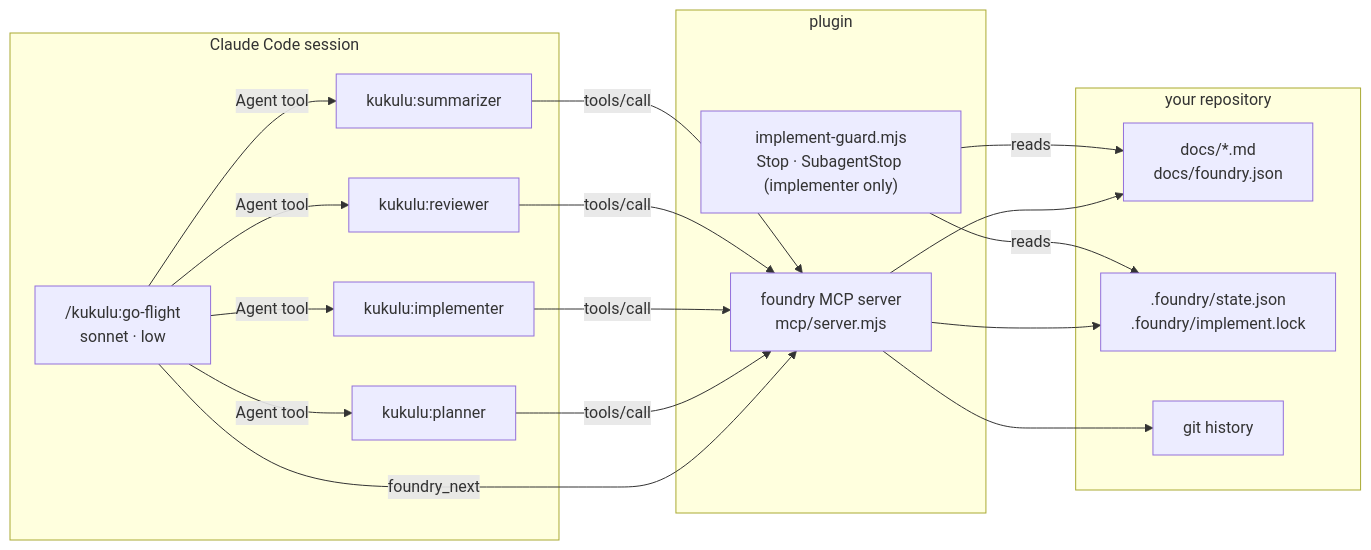
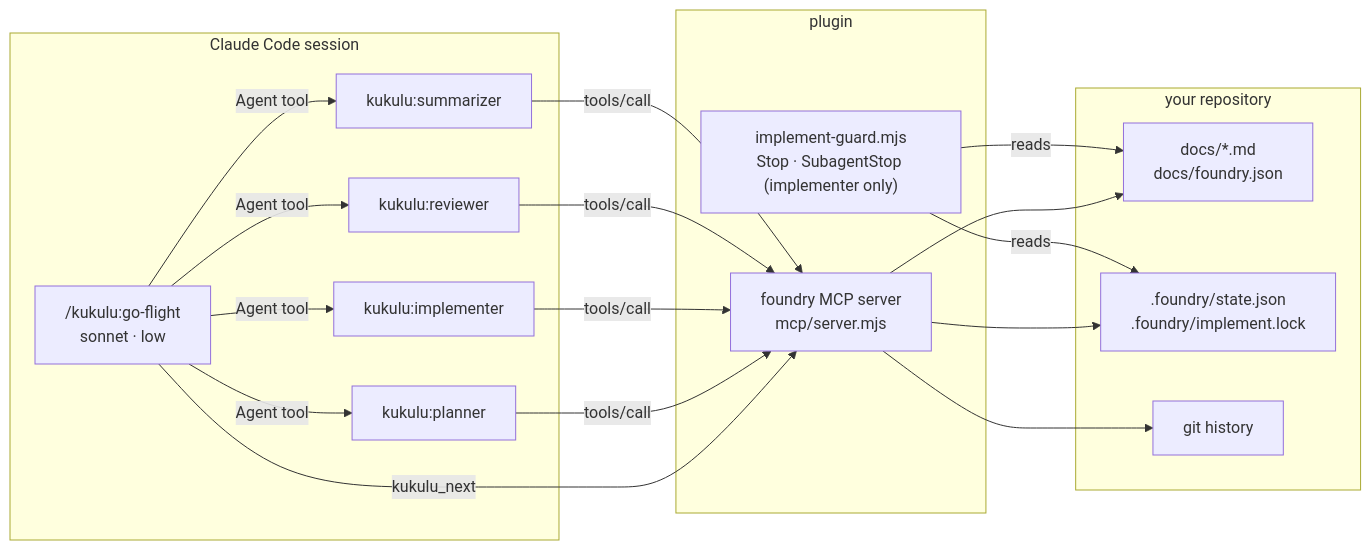
One commit to DisplaceTech/kukulu changed the first of 4 diagrams in docs/architecture.md. Above: the diagram before and after it, drawn with Mermaid. The commit also changed other lines of this file and 30 other files, not shown here.

First line of the commit message:
RN-03: Rename the MCP tools from foundry_* to kukulu_*

````diff
--- a/docs/architecture.md
+++ b/docs/architecture.md
@@ -12,30 +12,30 @@
 ```mermaid
 flowchart LR
     subgraph CC["Claude Code session"]
         GF["/kukulu:go-flight<br/>sonnet · low"]
         A1["kukulu:planner"]
         A2["kukulu:implementer"]
         A3["kukulu:reviewer"]
         A4["kukulu:summarizer"]
     end
 
     subgraph PL["plugin"]
         MCP["foundry MCP server<br/>mcp/server.mjs"]
         HOOK["implement-guard.mjs<br/>Stop · SubagentStop (implementer only)"]
     end
 
     subgraph REPO["your repository"]
         DOCS["docs/*.md<br/>docs/foundry.json"]
         STATE[".foundry/state.json<br/>.foundry/implement.lock"]
         GIT["git history"]
     end
 
     GF -->|"Agent tool"| A1 & A2 & A3 & A4
-    GF -->|"foundry_next"| MCP
+    GF -->|"kukulu_next"| MCP
     A1 & A2 & A3 & A4 -->|"tools/call"| MCP
     MCP --> DOCS
     MCP --> STATE
     MCP --> GIT
     HOOK -->|"reads"| STATE
     HOOK -->|"reads"| DOCS
 ```
````
